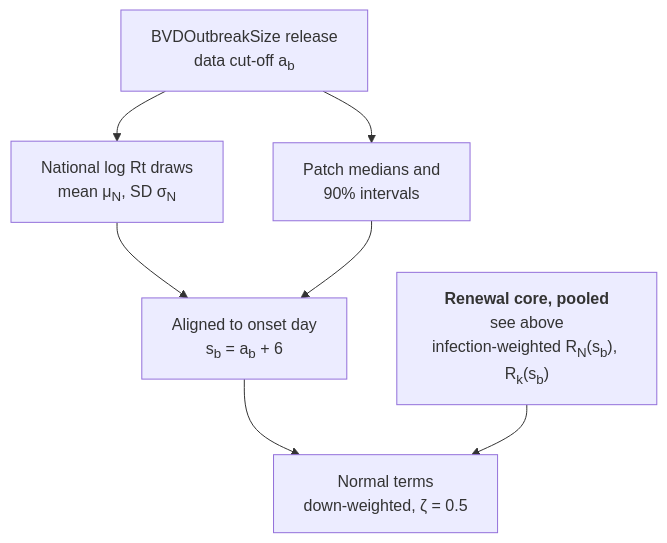
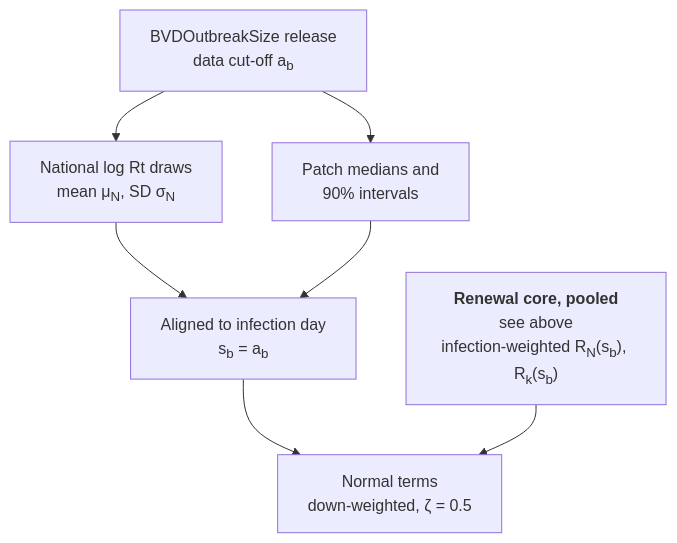
The fourth of 4 diagrams in docs/methods/model.md (seabbs/BDBVHubRenewal), drawn with Mermaid before and after one commit. The commit also changed other lines of this file and 1 other file, not shown here.

Commit message:
Show the incubation period and infection-day BVD alignment in the schematics

````diff
--- a/docs/methods/model.md
+++ b/docs/methods/model.md
@@ -272,16 +274,16 @@
 ```mermaid
 flowchart TD
     REL["BVDOutbreakSize release<br/>data cut-off a<sub>b</sub>"]
     NAT["National log Rt draws<br/>mean μ<sub>N</sub>, SD σ<sub>N</sub>"]
     PAT["Patch medians and<br/>90% intervals"]
-    AL["Aligned to onset day<br/>s<sub>b</sub> = a<sub>b</sub> + 6"]
+    AL["Aligned to infection day<br/>s<sub>b</sub> = a<sub>b</sub>"]
     CORE["<b>Renewal core, pooled</b><br/>see above<br/>infection-weighted R<sub>N</sub>(s<sub>b</sub>), R<sub>k</sub>(s<sub>b</sub>)"]
     LK["Normal terms<br/>down-weighted, ζ = 0.5"]
 
     REL --> NAT
     REL --> PAT
     NAT --> AL
     PAT --> AL
     AL --> LK
     CORE --> LK
 ```
````
